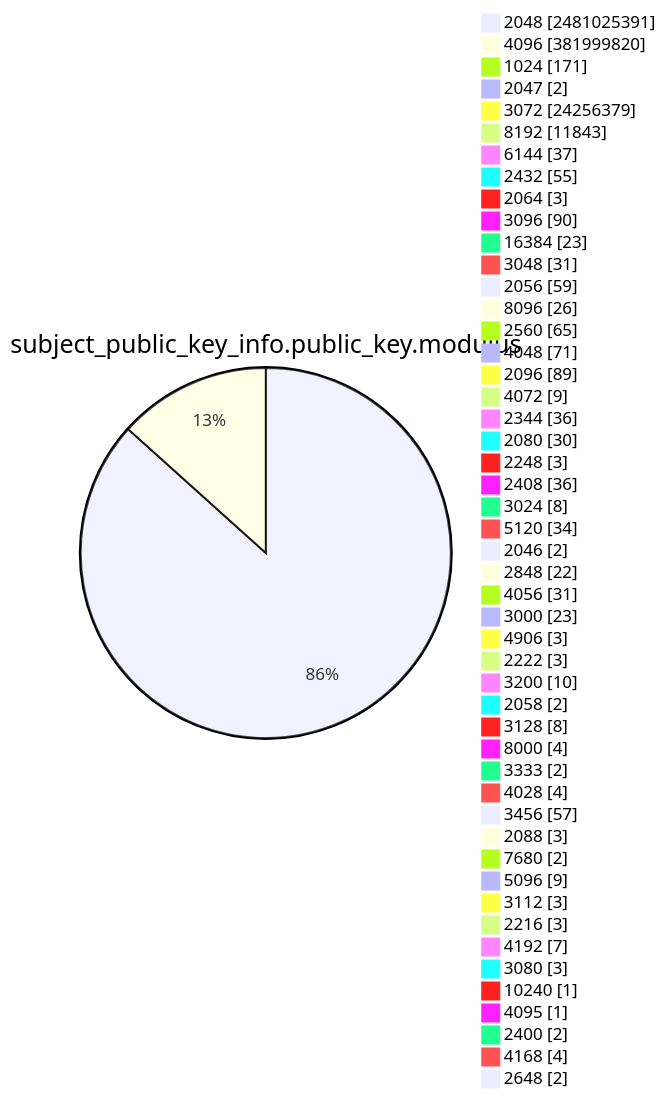
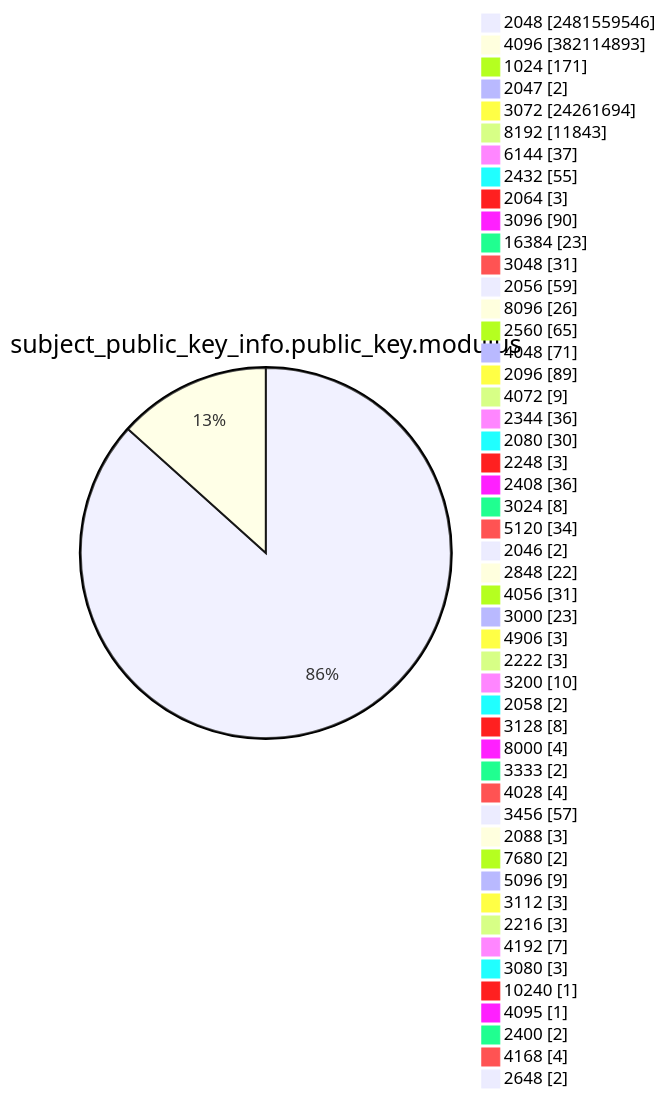
One commit to christiankrug/ctmonitor_visualization changed diagram 13 of 15 in TOTAL/README.md. Above: the diagram before and after it, drawn with Mermaid. The commit also changed other lines of this file, not shown here.

````diff
--- a/TOTAL/README.md
+++ b/TOTAL/README.md
@@ -4168,53 +4168,53 @@
 ```mermaid
 pie showData
 title subject_public_key_info.public_key.modulus
-"2048" :2481025391
-"4096" :381999820
+"2048" :2481559546
+"4096" :382114893
 "1024" :171
 "2047" :2
-"3072" :24256379
+"3072" :24261694
 "8192" :11843
 "6144" :37
 "2432" :55
 "2064" :3
 "3096" :90
 "16384" :23
 "3048" :31
 "2056" :59
 "8096" :26
 "2560" :65
 "4048" :71
 "2096" :89
 "4072" :9
 "2344" :36
 "2080" :30
 "2248" :3
 "2408" :36
 "3024" :8
 "5120" :34
 "2046" :2
 "2848" :22
 "4056" :31
 "3000" :23
 "4906" :3
 "2222" :3
 "3200" :10
 "2058" :2
 "3128" :8
 "8000" :4
 "3333" :2
 "4028" :4
 "3456" :57
 "2088" :3
 "7680" :2
 "5096" :9
 "3112" :3
 "2216" :3
 "4192" :7
 "3080" :3
 "10240" :1
 "4095" :1
 "2400" :2
 "4168" :4
 "2648" :2
 ```
````
